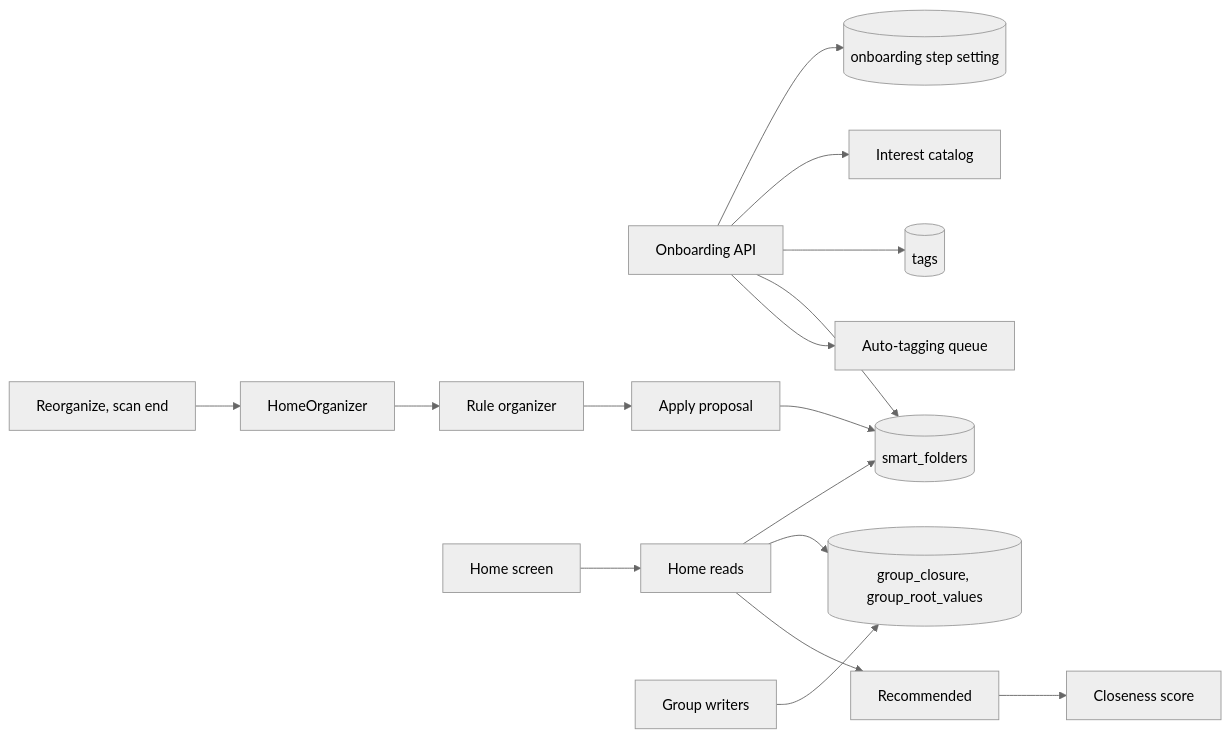
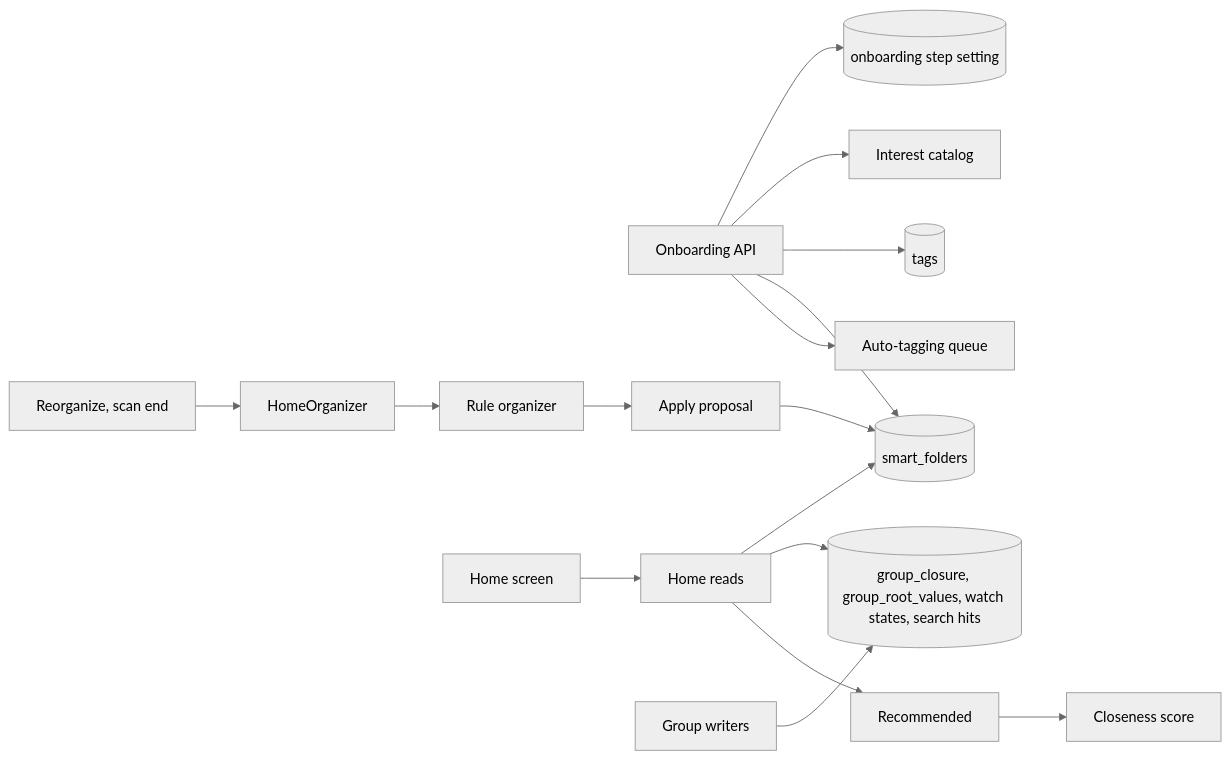
Before and after one commit to syudead/vv: the first of 2 diagrams in specs/057-home/plan.md, drawn with Mermaid (neutral theme). The commit also changed other lines of this file and 4 other files, not shown here.

First line of the commit message:
docs(057): record the stored shelf cards, watch states and search hits

````diff
--- a/specs/057-home/plan.md
+++ b/specs/057-home/plan.md
@@ -21,18 +21,18 @@
 ```mermaid
 flowchart LR
   ob[Onboarding API] --> step[(onboarding step setting)]
   ob --> interests[Interest catalog]
   ob --> tags[(tags)]
   ob --> sf[(smart_folders)]
   ob --> autotag[Auto-tagging queue]
   triggers[Reorganize, scan end] --> org[HomeOrganizer]
   org --> rules[Rule organizer]
   rules --> apply[Apply proposal]
   apply --> sf
   home[Home screen] --> read[Home reads]
   read --> sf
-  read --> closure[(group_closure, group_root_values)]
+  read --> closure[(group_closure, group_root_values, watch states, search hits)]
   groups[Group writers] --> closure
   read --> rec[Recommended]
   rec --> score[Closeness score]
 ```
````
